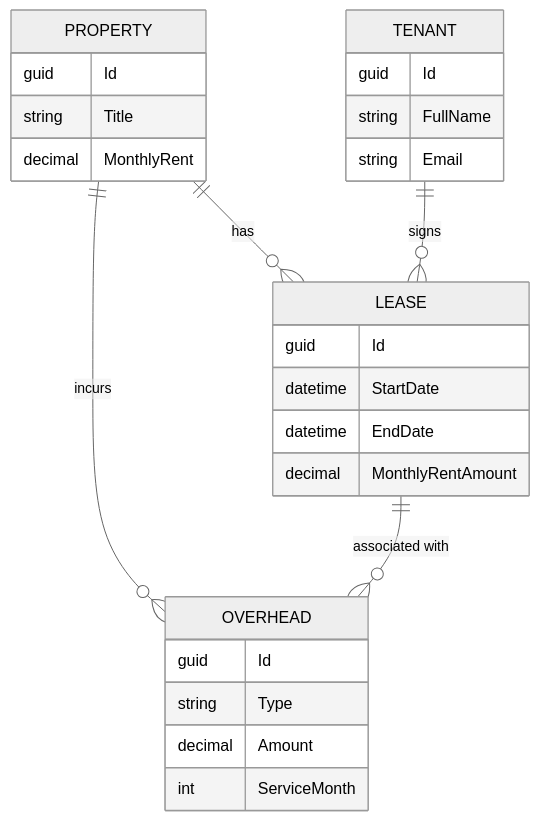
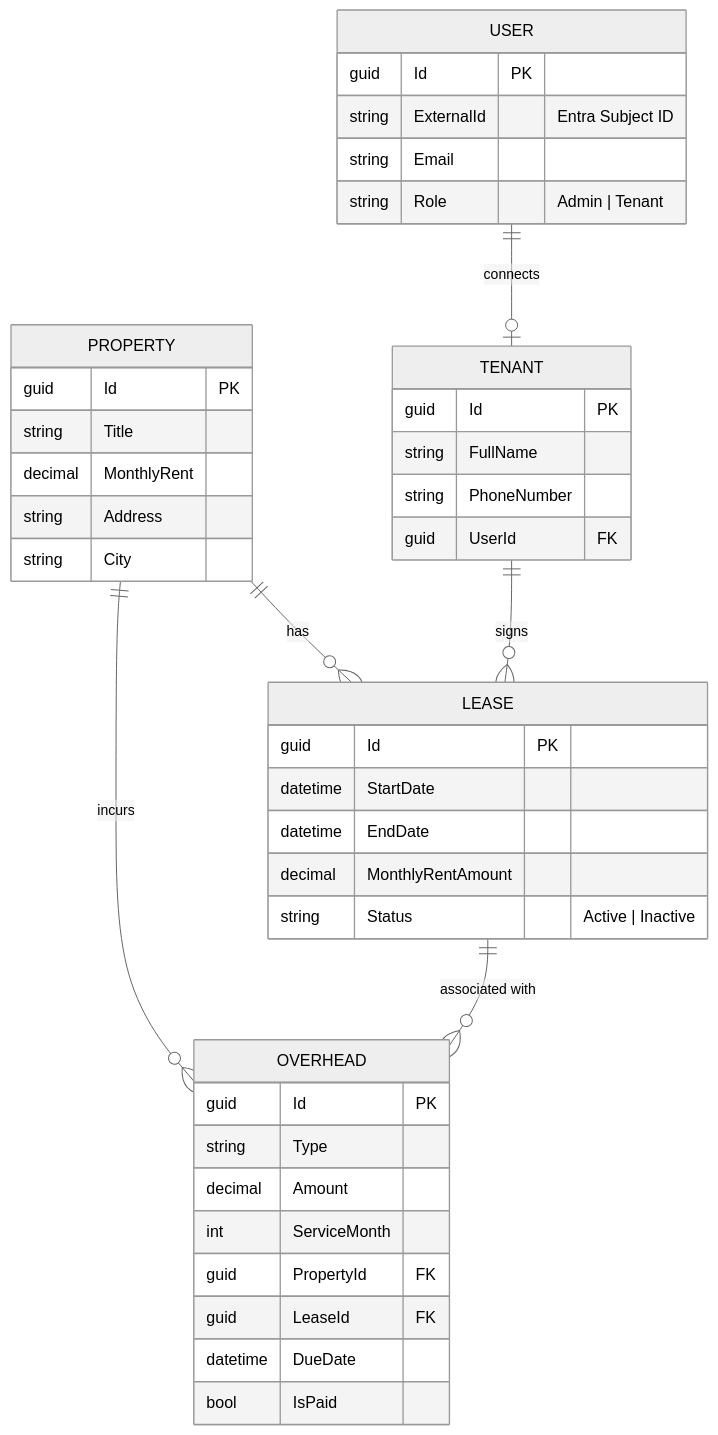
One commit to tamargabor/PropPulse changed the diagram in MemoryBank/database-blueprint.md. Above: the diagram before and after it, drawn with Mermaid (neutral theme). The commit also changed 2 other files, not shown here.

Commit message:
Database structure mods

````diff
--- a/MemoryBank/database-blueprint.md
+++ b/MemoryBank/database-blueprint.md
@@ -1,31 +1,47 @@
 ```mermaid
 erDiagram
 
     PROPERTY ||--o{ LEASE : has
     PROPERTY ||--o{ OVERHEAD : incurs
     TENANT ||--o{ LEASE : signs
     LEASE ||--o{ OVERHEAD : "associated with"
+    USER ||--o| TENANT : connects
 
     PROPERTY {
-        guid Id
+        guid Id PK
         string Title
         decimal MonthlyRent
+        string Address
+        string City
     }
     TENANT {
-        guid Id
+        guid Id PK
         string FullName
-        string Email
+        string PhoneNumber
+        guid UserId FK
     }
     LEASE {
-        guid Id
+        guid Id PK
         datetime StartDate
         datetime EndDate
         decimal MonthlyRentAmount
+        string Status "Active | Inactive"
     }
     OVERHEAD {
-        guid Id
+        guid Id PK
         string Type
         decimal Amount
         int ServiceMonth
+        guid PropertyId FK
+        guid LeaseId FK
+        datetime DueDate
+        bool IsPaid
     }
+    USER {
+        guid Id PK
+        string ExternalId "Entra Subject ID"
+        string Email
+        string Role "Admin | Tenant"
+    }
+    
 ```
````
